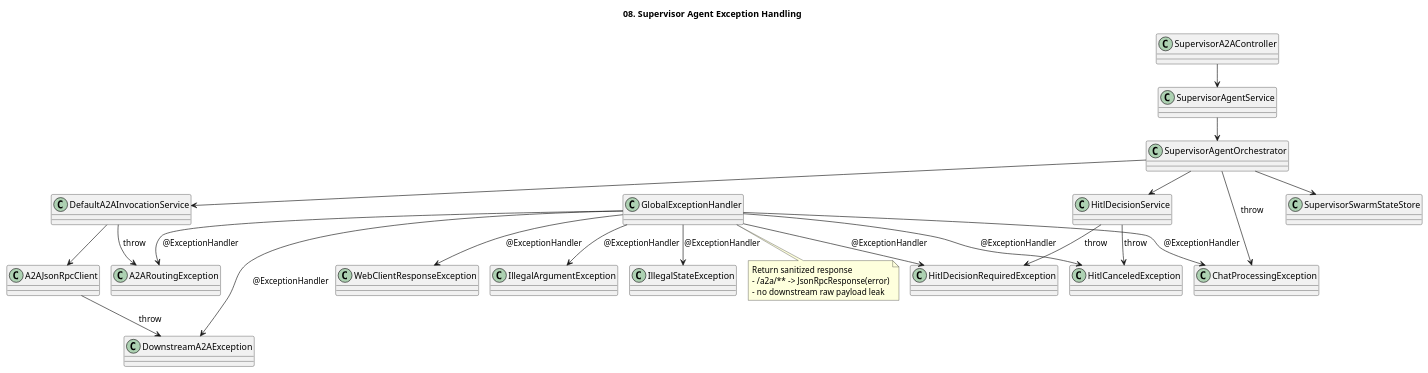
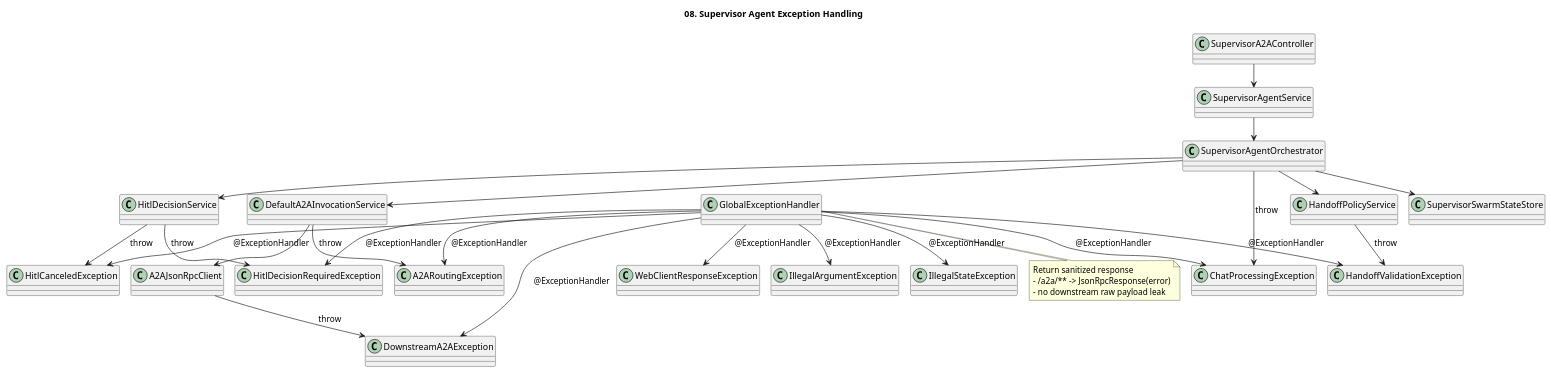
Before and after one commit to kim57uak/spring-ai: the diagram in documents/a2a-host_agent-architecture/08-exception-handling.puml, drawn with PlantUML. The commit also changed 69 other files, not shown here.

```diff
--- a/documents/a2a-host_agent-architecture/08-exception-handling.puml
+++ b/documents/a2a-host_agent-architecture/08-exception-handling.puml
@@ -1,57 +1,65 @@
 @startuml
 !pragma layout smetana
 title 08. Supervisor Agent Exception Handling
 
 skinparam shadowing false
 skinparam componentStyle rectangle
 
 class SupervisorA2AController
 class SupervisorAgentService
 class SupervisorAgentOrchestrator
 class HitlDecisionService
+class HandoffPolicyService
 class DefaultA2AInvocationService
 class A2AJsonRpcClient
 class GlobalExceptionHandler
 class SupervisorSwarmStateStore
 
 class ChatProcessingException
 class DownstreamA2AException
 class A2ARoutingException
 class HitlDecisionRequiredException
 class HitlCanceledException
+class HandoffValidationException
 class WebClientResponseException
 
 SupervisorA2AController --> SupervisorAgentService
 SupervisorAgentService --> SupervisorAgentOrchestrator
 SupervisorAgentOrchestrator --> HitlDecisionService
+SupervisorAgentOrchestrator --> HandoffPolicyService
 SupervisorAgentOrchestrator --> DefaultA2AInvocationService
 SupervisorAgentOrchestrator --> SupervisorSwarmStateStore
 DefaultA2AInvocationService --> A2AJsonRpcClient
 
 A2AJsonRpcClient --> DownstreamA2AException : throw
 DefaultA2AInvocationService --> A2ARoutingException : throw
 SupervisorAgentOrchestrator --> ChatProcessingException : throw
 HitlDecisionService --> HitlDecisionRequiredException : throw
 HitlDecisionService --> HitlCanceledException : throw
+HandoffPolicyService --> HandoffValidationException : throw
 
 GlobalExceptionHandler --> ChatProcessingException : @ExceptionHandler
 GlobalExceptionHandler --> DownstreamA2AException : @ExceptionHandler
 GlobalExceptionHandler --> A2ARoutingException : @ExceptionHandler
 GlobalExceptionHandler --> HitlDecisionRequiredException : @ExceptionHandler
 GlobalExceptionHandler --> HitlCanceledException : @ExceptionHandler
+GlobalExceptionHandler --> HandoffValidationException : @ExceptionHandler
 GlobalExceptionHandler --> WebClientResponseException : @ExceptionHandler
 GlobalExceptionHandler --> IllegalArgumentException : @ExceptionHandler
 GlobalExceptionHandler --> IllegalStateException : @ExceptionHandler
 
 note bottom of GlobalExceptionHandler
 Return sanitized response
 - /a2a/** -> JsonRpcResponse(error)
 - no downstream raw payload leak
 end note
 
+' 2026-04-13 sync with doc 34
+' - add handoff validation exception mapping
+' - when handoff.enabled=false, directive is skipped (not failed)
 ' 2026-04-12 sync with docs 30/31
 ' - Scope: HITL decision limited to APPROVE/CANCEL in current phase
 ' - Data mutation requests (create/update/delete) require mandatory HITL
 ' - A2A compatibility mode keeps both legacy and v1.0 methods
 ' - User profile input collection is deferred to next phase
 @enduml
```
